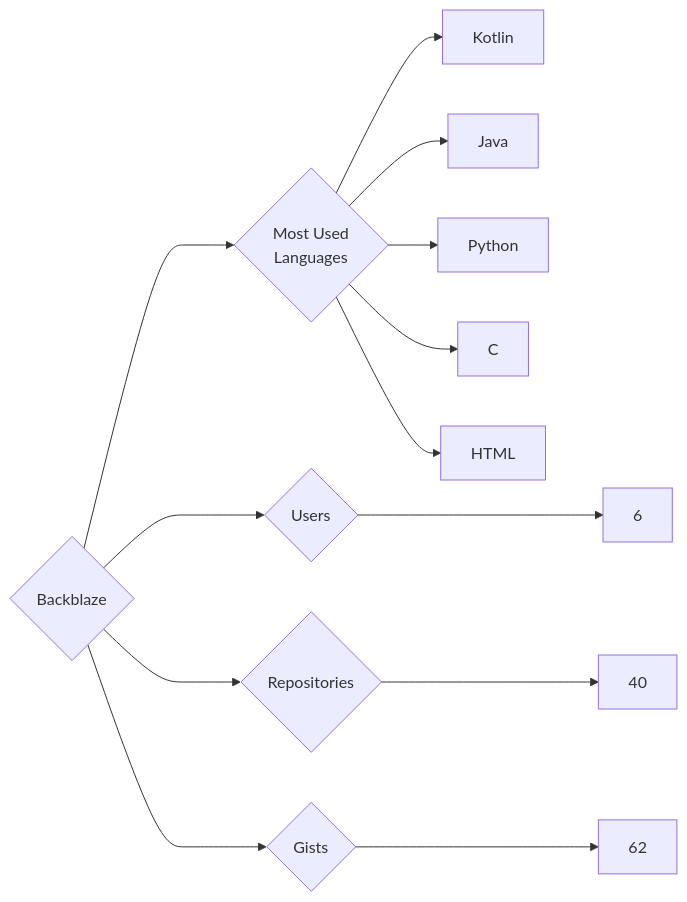
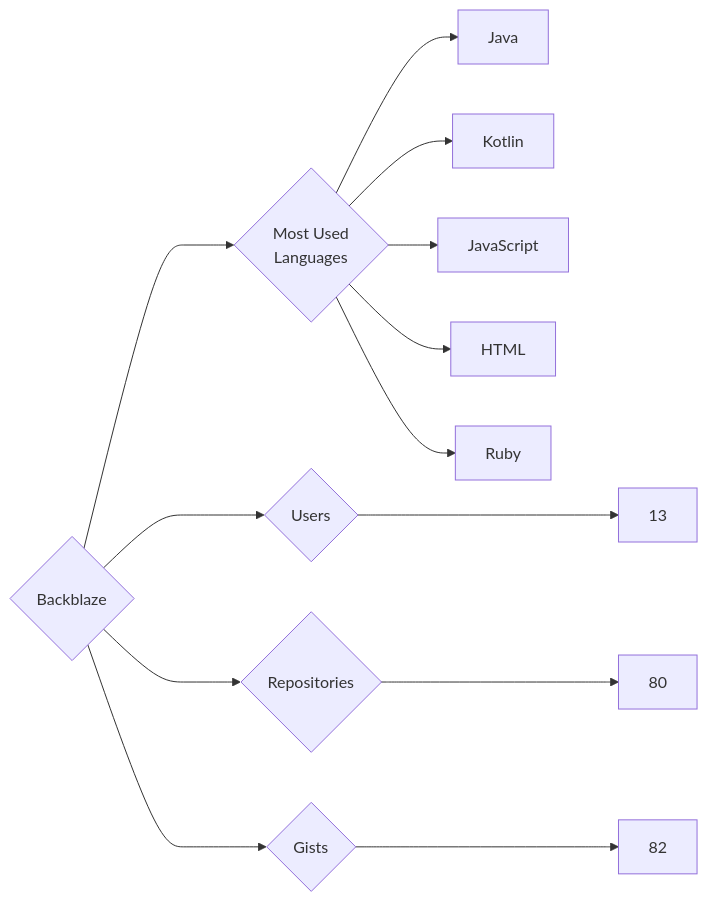
Before and after one commit to trickest/insiders: the diagram in targets/Backblaze/README.md, drawn with Mermaid. The commit also changed 888 other files, not shown here.

````diff
--- a/targets/Backblaze/README.md
+++ b/targets/Backblaze/README.md
@@ -3,13 +3,13 @@
 ```mermaid
 graph LR
 COMPANY_NAME{Backblaze}
-COMPANY_NAME ---> U{Users} ---> UN[6]
-COMPANY_NAME ---> R{Repositories} ---> RN[40]
-COMPANY_NAME ---> G{Gists} ---> GN[62]
+COMPANY_NAME ---> U{Users} ---> UN[13]
+COMPANY_NAME ---> R{Repositories} ---> RN[80]
+COMPANY_NAME ---> G{Gists} ---> GN[82]
 COMPANY_NAME ---> ML{Most Used<br>Languages}
+ML --> Java[Java]
 ML --> Kotlin[Kotlin]
-ML --> Java[Java]
-ML --> Python[Python]
-ML --> C[C]
+ML --> JavaScript[JavaScript]
 ML --> HTML[HTML]
+ML --> Ruby[Ruby]
 ```
````
